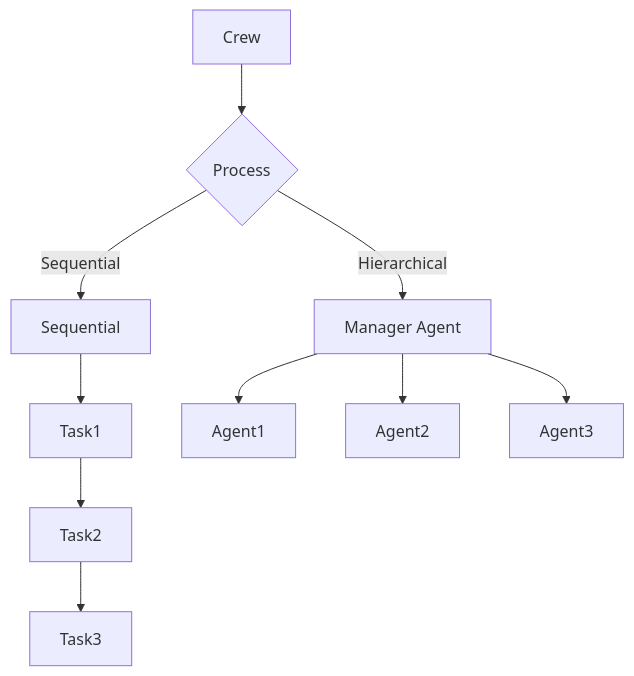
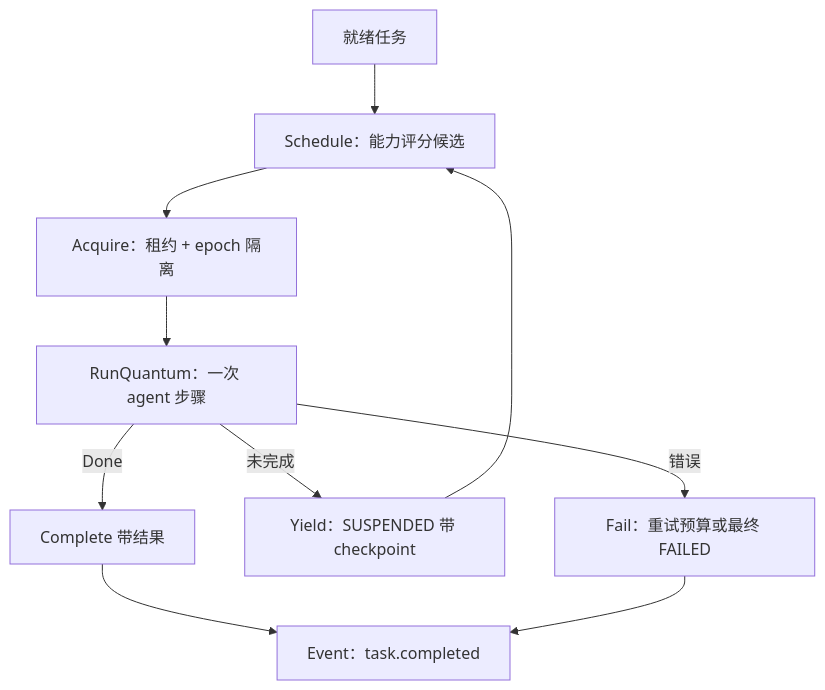
One commit to Timwood0x10/ARES changed the second of 2 diagrams in docs/framework-comparison-langchain-crewai-agentscope-goagent-zh.md. Above: the diagram before and after it, drawn with Mermaid. The commit also changed other lines of this file and 9 other files, not shown here.

````diff
--- a/docs/framework-comparison-langchain-crewai-agentscope-goagent-zh.md
+++ b/docs/framework-comparison-langchain-crewai-agentscope-goagent-zh.md
@@ -66,12 +98,12 @@
 ```mermaid
 flowchart TD
-    Crew[Crew] --> Process{Process}
-    Process -->|Sequential| Seq[Sequential]
-    Seq --> Task1[Task1]
-    Task1 --> Task2[Task2]
-    Task2 --> Task3[Task3]
-    Process -->|Hierarchical| Mgr[Manager Agent]
-    Mgr --> Agent1[Agent1]
-    Mgr --> Agent2[Agent2]
-    Mgr --> Agent3[Agent3]
+    Ready[就绪任务] --> Schedule[Schedule：能力评分候选]
+    Schedule --> Acquire[Acquire：租约 + epoch 隔离]
+    Acquire --> Quantum[RunQuantum：一次 agent 步骤]
+    Quantum -->|Done| Complete[Complete 带结果]
+    Quantum -->|未完成| Yield[Yield：SUSPENDED 带 checkpoint]
+    Quantum -->|错误| Fail[Fail：重试预算或最终 FAILED]
+    Yield --> Schedule
+    Complete --> Event[Event：task.completed]
+    Fail --> Event
 ```
````
